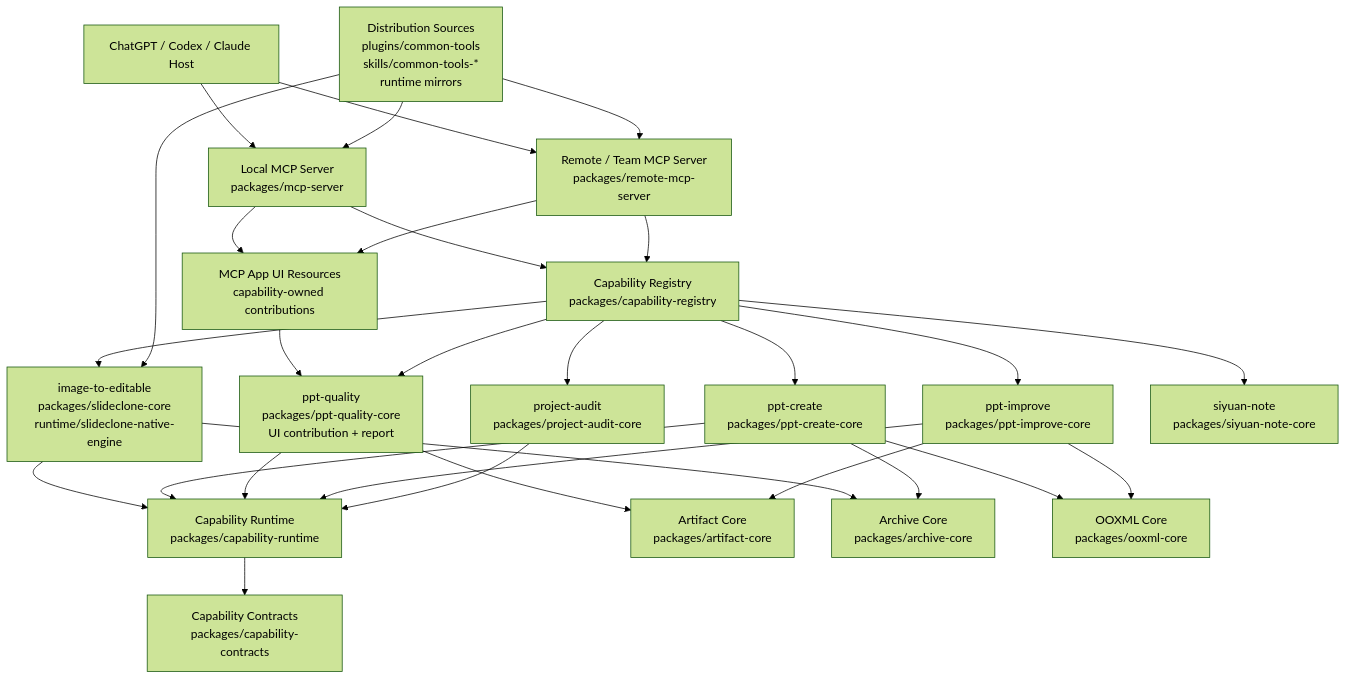
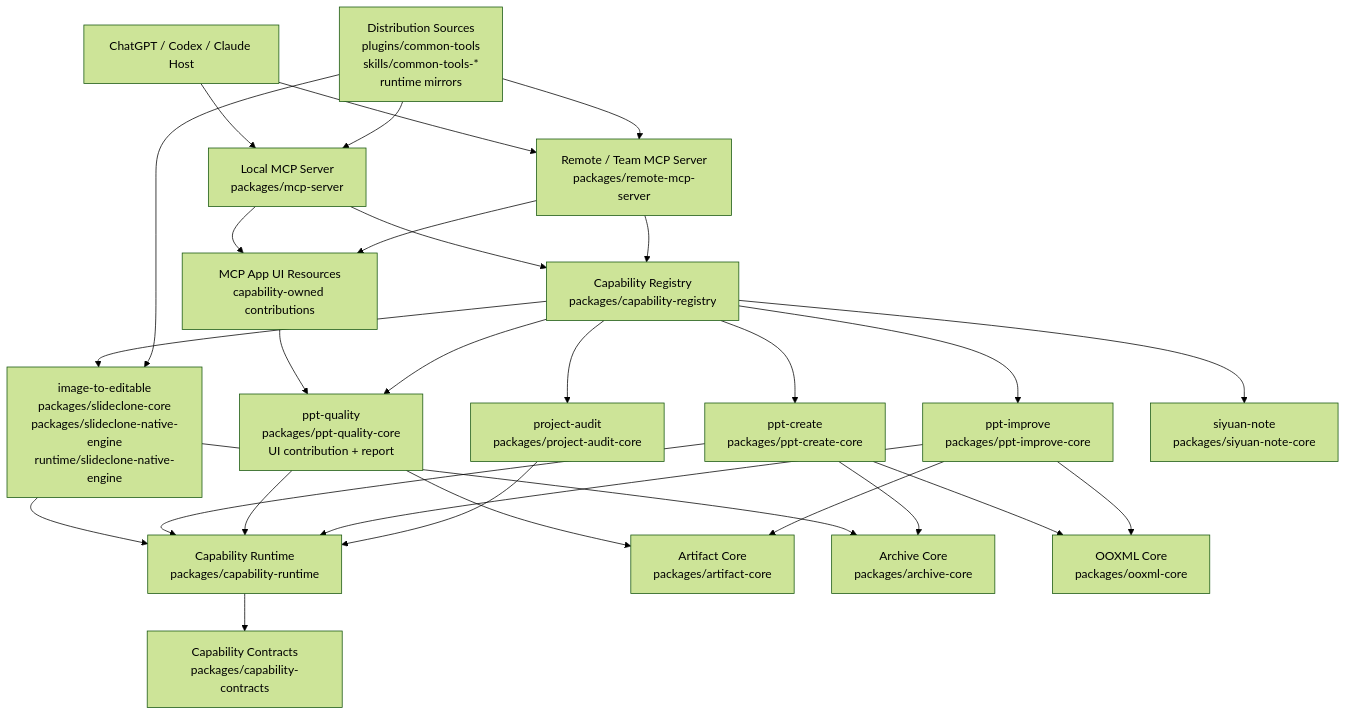
Before and after one commit to cbhandsun/common-tools: the diagram in docs/general-plugin-architecture.md, drawn with Mermaid (forest theme). The commit also changed other lines of this file and 5 other files, not shown here.

Commit message:
Align architecture budgets with runtime package boundary

````diff
--- a/docs/general-plugin-architecture.md
+++ b/docs/general-plugin-architecture.md
@@ -5,51 +5,51 @@
 ```mermaid
 flowchart TD
   Host["ChatGPT / Codex / Claude Host"]
   LocalMcp["Local MCP Server\npackages/mcp-server"]
   RemoteMcp["Remote / Team MCP Server\npackages/remote-mcp-server"]
   Registry["Capability Registry\npackages/capability-registry"]
   Runtime["Capability Runtime\npackages/capability-runtime"]
   Contracts["Capability Contracts\npackages/capability-contracts"]
   Artifacts["Artifact Core\npackages/artifact-core"]
   Archive["Archive Core\npackages/archive-core"]
   Ooxml["OOXML Core\npackages/ooxml-core"]
 
-  ImageCap["image-to-editable\npackages/slideclone-core\nruntime/slideclone-native-engine"]
+  ImageCap["image-to-editable\npackages/slideclone-core\npackages/slideclone-native-engine\nruntime/slideclone-native-engine"]
   PptCreate["ppt-create\npackages/ppt-create-core"]
   PptQuality["ppt-quality\npackages/ppt-quality-core\nUI contribution + report"]
   PptImprove["ppt-improve\npackages/ppt-improve-core"]
   ProjectAudit["project-audit\npackages/project-audit-core"]
   Siyuan["siyuan-note\npackages/siyuan-note-core"]
 
   Dist["Distribution Sources\nplugins/common-tools\nskills/common-tools-*\nruntime mirrors"]
   UI["MCP App UI Resources\ncapability-owned contributions"]
 
   Host --> LocalMcp
   Host --> RemoteMcp
   LocalMcp --> Registry
   RemoteMcp --> Registry
   LocalMcp --> UI
   RemoteMcp --> UI
   UI --> PptQuality
   Registry --> ImageCap
   Registry --> PptCreate
   Registry --> PptQuality
   Registry --> PptImprove
   Registry --> ProjectAudit
   Registry --> Siyuan
   ImageCap --> Runtime
   PptCreate --> Runtime
   PptQuality --> Runtime
   PptImprove --> Runtime
   ProjectAudit --> Runtime
   Runtime --> Contracts
   ImageCap --> Archive
   PptCreate --> Archive
   PptQuality --> Artifacts
   PptImprove --> Artifacts
   PptCreate --> Ooxml
   PptImprove --> Ooxml
   Dist --> LocalMcp
   Dist --> RemoteMcp
   Dist --> ImageCap
 ```
````
